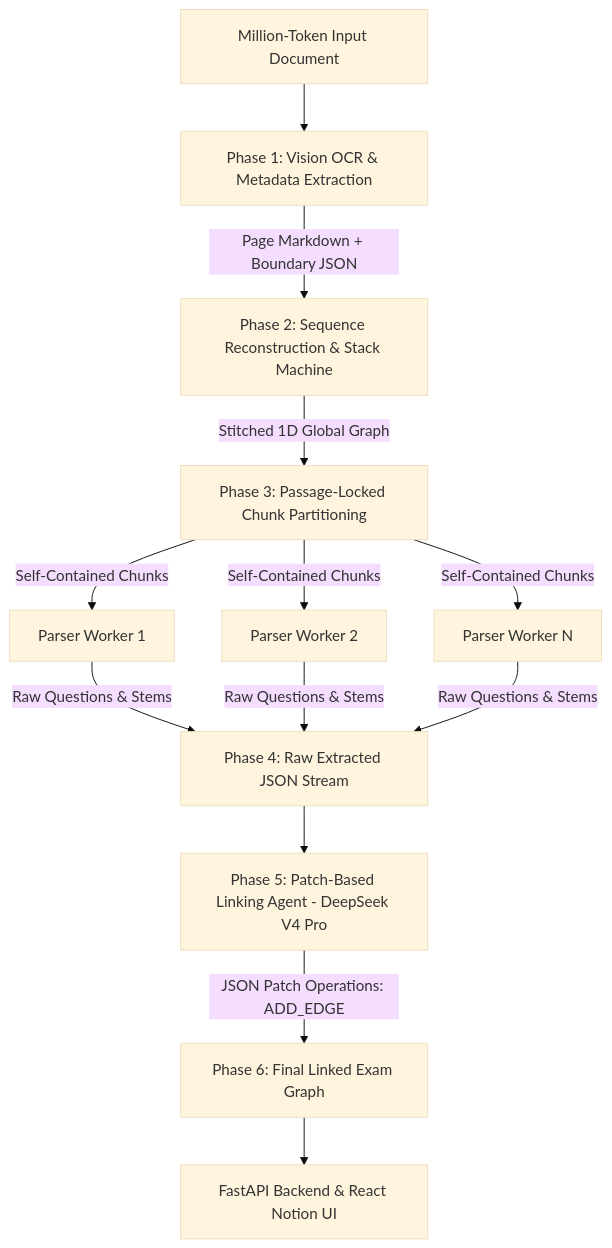
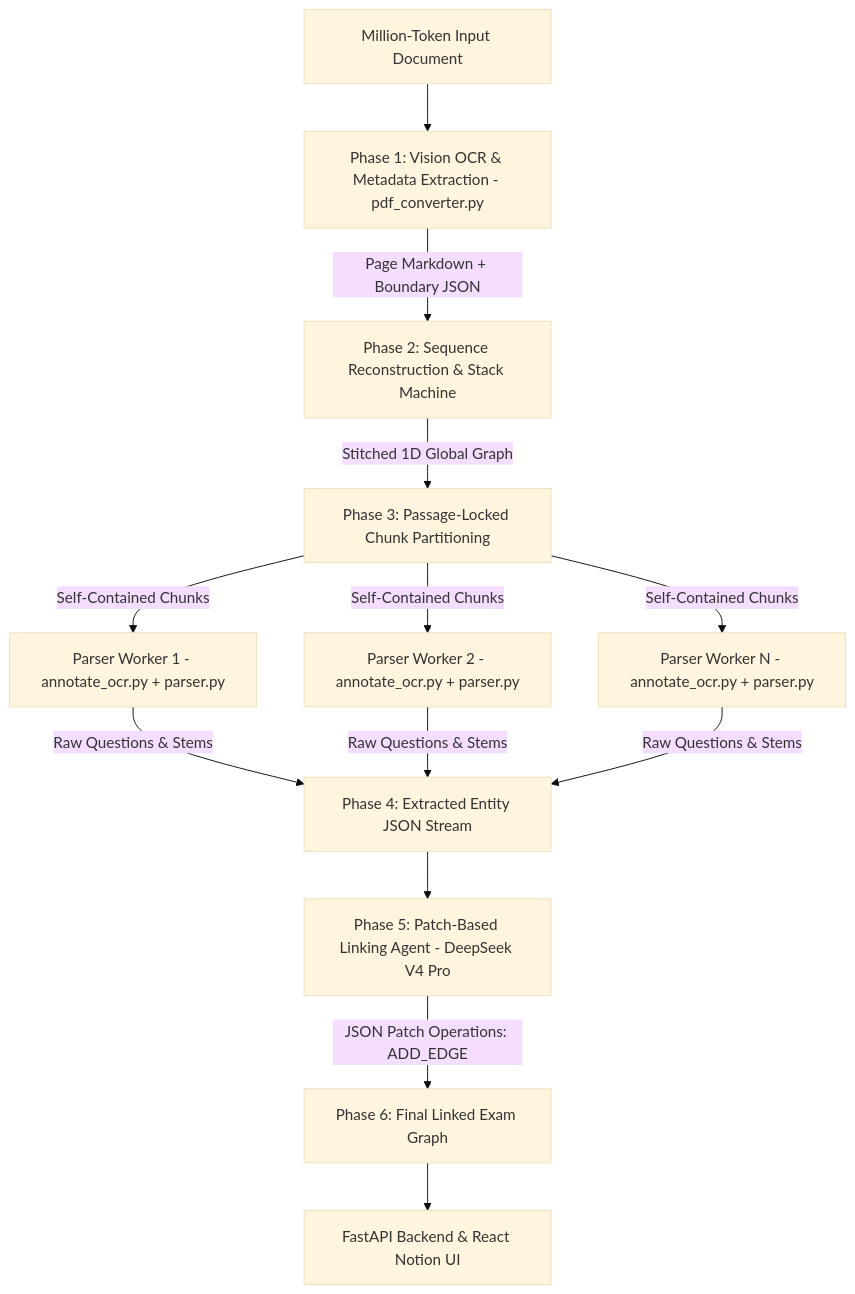
Before and after one commit to daominhwysi/azozo-experiment: the diagram in artifact/long_context_parser_plan.md, drawn with Mermaid (base theme). The commit also changed other lines of this file, not shown here.

Commit message:
docs: integrate annotate_ocr.py and parser.py into Parser Agent Swarm

````diff
--- a/artifact/long_context_parser_plan.md
+++ b/artifact/long_context_parser_plan.md
@@ -9,19 +9,19 @@
 ```mermaid
 flowchart TD
-    A[Million-Token Input Document] --> B[Phase 1: Vision OCR & Metadata Extraction]
+    A[Million-Token Input Document] --> B[Phase 1: Vision OCR & Metadata Extraction - pdf_converter.py]
     
     B -->|Page Markdown + Boundary JSON| C[Phase 2: Sequence Reconstruction & Stack Machine]
     C -->|Stitched 1D Global Graph| D[Phase 3: Passage-Locked Chunk Partitioning]
     
-    D -->|Self-Contained Chunks| E1[Parser Worker 1]
-    D -->|Self-Contained Chunks| E2[Parser Worker 2]
-    D -->|Self-Contained Chunks| E3[Parser Worker N]
+    D -->|Self-Contained Chunks| E1[Parser Worker 1 - annotate_ocr.py + parser.py]
+    D -->|Self-Contained Chunks| E2[Parser Worker 2 - annotate_ocr.py + parser.py]
+    D -->|Self-Contained Chunks| E3[Parser Worker N - annotate_ocr.py + parser.py]
     
-    E1 -->|Raw Questions & Stems| F[Phase 4: Raw Extracted JSON Stream]
+    E1 -->|Raw Questions & Stems| F[Phase 4: Extracted Entity JSON Stream]
     E2 -->|Raw Questions & Stems| F
     E3 -->|Raw Questions & Stems| F
     
     F --> G[Phase 5: Patch-Based Linking Agent - DeepSeek V4 Pro]
     G -->|JSON Patch Operations: ADD_EDGE| H[Phase 6: Final Linked Exam Graph]
     H --> I[FastAPI Backend & React Notion UI]
 ```
````
